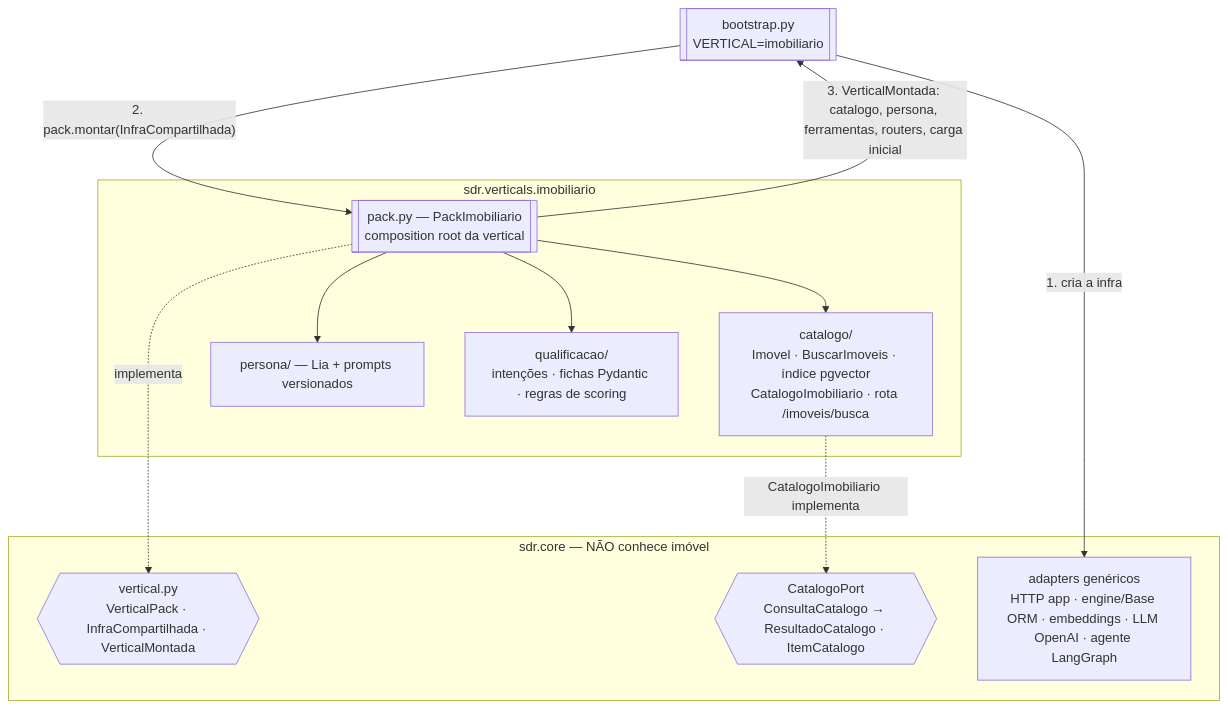
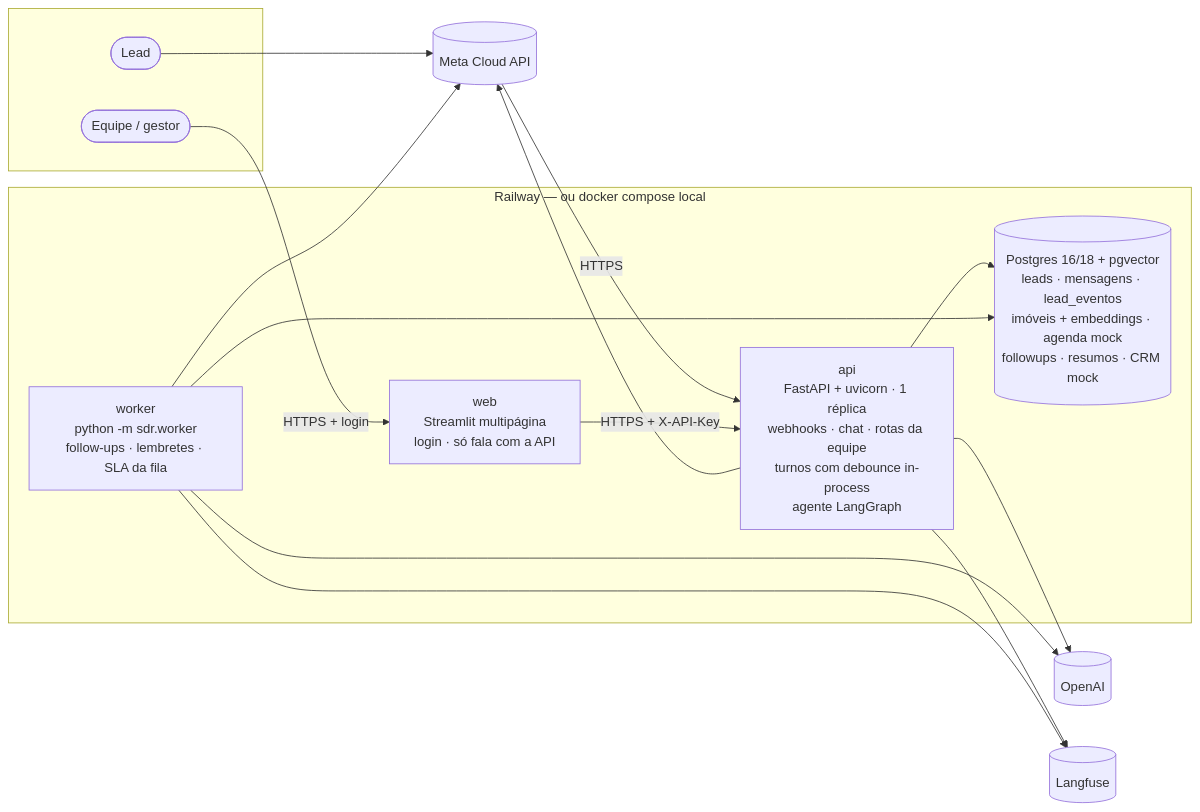
The second of 13 diagrams in docs/arquitetura.md (amaranini/tech-challenge-fase-5), drawn with Mermaid before and after one commit. The commit also changed other lines of this file and 22 other files, not shown here.

````diff
--- a/docs/arquitetura.md
+++ b/docs/arquitetura.md
@@ -60,28 +59,28 @@
 ```mermaid
-flowchart TB
-    boot[[bootstrap.py<br/>VERTICAL=imobiliario]]
+flowchart LR
+    subgraph usuarios[ ]
+        lead([Lead])
+        equipe([Equipe / gestor])
+    end
+    meta[(Meta Cloud API)]
+    openai[(OpenAI)]
+    langfuse[(Langfuse)]
 
-    subgraph core[sdr.core — NÃO conhece imóvel]
-        contrato{{vertical.py<br/>VerticalPack · InfraCompartilhada · VerticalMontada}}
-        cport{{CatalogoPort<br/>ConsultaCatalogo → ResultadoCatalogo · ItemCatalogo}}
-        infra[adapters genéricos<br/>HTTP app · engine/Base ORM · embeddings · LLM OpenAI · agente LangGraph]
+    subgraph plataforma[Railway — ou docker compose local]
+        api[api<br/>FastAPI + uvicorn · 1 réplica<br/>webhooks · chat · rotas da equipe<br/>turnos com debounce in-process<br/>agente LangGraph]
+        worker[worker<br/>python -m sdr.worker<br/>follow-ups · lembretes · SLA da fila]
+        web[web<br/>Streamlit multipágina<br/>login · só fala com a API]
+        db[(Postgres 16/18 + pgvector<br/>leads · mensagens · lead_eventos<br/>imóveis + embeddings · agenda mock<br/>followups · resumos · CRM mock)]
     end
 
-    subgraph vert[sdr.verticals.imobiliario]
-        pack[[pack.py — PackImobiliario<br/>composition root da vertical]]
-        cat[catalogo/<br/>Imovel · BuscarImoveis · índice pgvector<br/>CatalogoImobiliario · rota /imoveis/busca]
-        persona[persona/ — Lia + prompts versionados]
-        qualif[qualificacao/<br/>intenções · fichas Pydantic · regras de scoring]
-    end
-
-    boot -- "1. cria a infra" --> infra
-    boot -- "2. pack.montar(InfraCompartilhada)" --> pack
-    pack -. implementa .-> contrato
-    pack --> cat
-    cat -. "CatalogoImobiliario implementa" .-> cport
-    pack --> persona
-    pack --> qualif
-    pack -- "3. VerticalMontada: catalogo, persona, ferramentas, routers, carga inicial" --> boot
-
-    classDef futuro stroke-dasharray: 5 5
+    lead --> meta -- HTTPS --> api
+    equipe -- HTTPS + login --> web -- "HTTPS + X-API-Key" --> api
+    api --> db
+    worker --> db
+    api --> openai
+    worker --> openai
+    api --> langfuse
+    worker --> langfuse
+    api --> meta
+    worker --> meta
 ```
````
